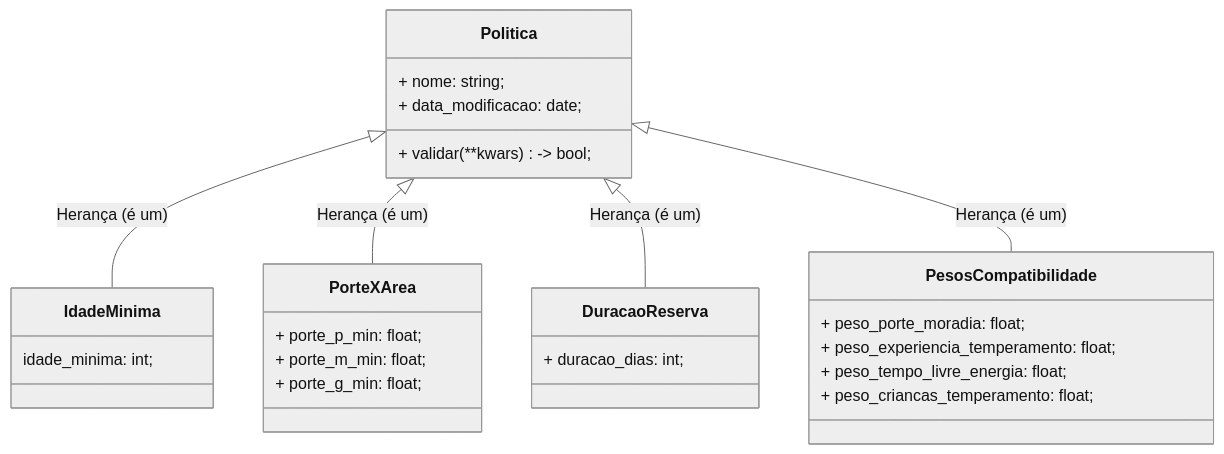
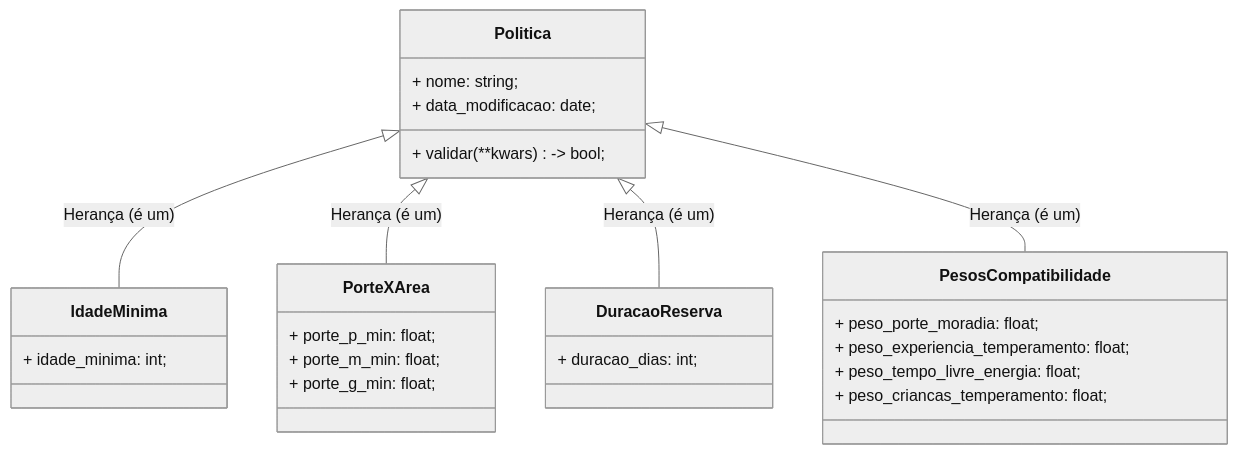
The seventh of 8 diagrams in docs/uml.md (Alisson014/projeto-1-poo-sistema-adocao-animais), drawn with Mermaid (neutral theme) before and after one commit. The commit also changed other lines of this file, not shown here.

````diff
--- a/docs/uml.md
+++ b/docs/uml.md
@@ -265,36 +267,36 @@
 ```mermaid
 classDiagram
     %% Classes:
     class Politica {
         + nome: string;
         + data_modificacao: date;
         + validar(**kwars) -> bool; 
     }
 
     class IdadeMinima {
-        idade_minima: int;
+        + idade_minima: int;
     }
 
     class PorteXArea {
         + porte_p_min: float;
         + porte_m_min: float;
         + porte_g_min: float;
     }
 
     class DuracaoReserva {
         + duracao_dias: int;
     }
 
     class PesosCompatibilidade {
         + peso_porte_moradia: float;
         + peso_experiencia_temperamento: float;
         + peso_tempo_livre_energia: float;
         + peso_criancas_temperamento: float;
     }
 
     %% Relacionamentos:
     Politica <|-- IdadeMinima : Herança (é um)
     Politica <|-- PorteXArea : Herança (é um)
     Politica <|-- DuracaoReserva : Herança (é um)
     Politica <|-- PesosCompatibilidade : Herança (é um)
 ```
````
